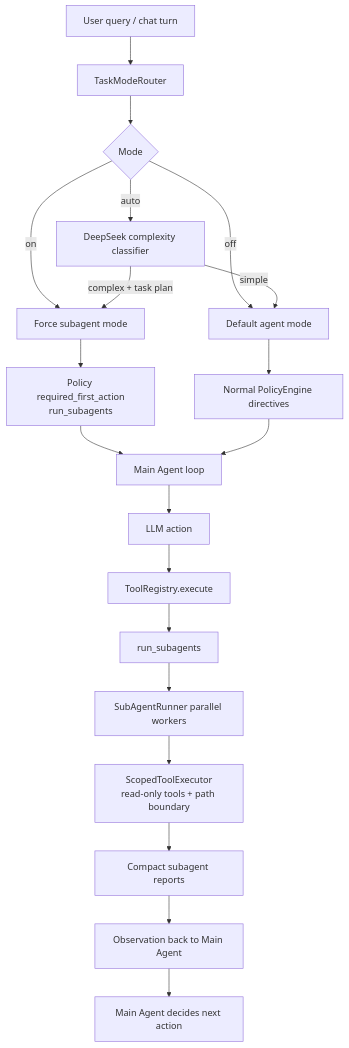
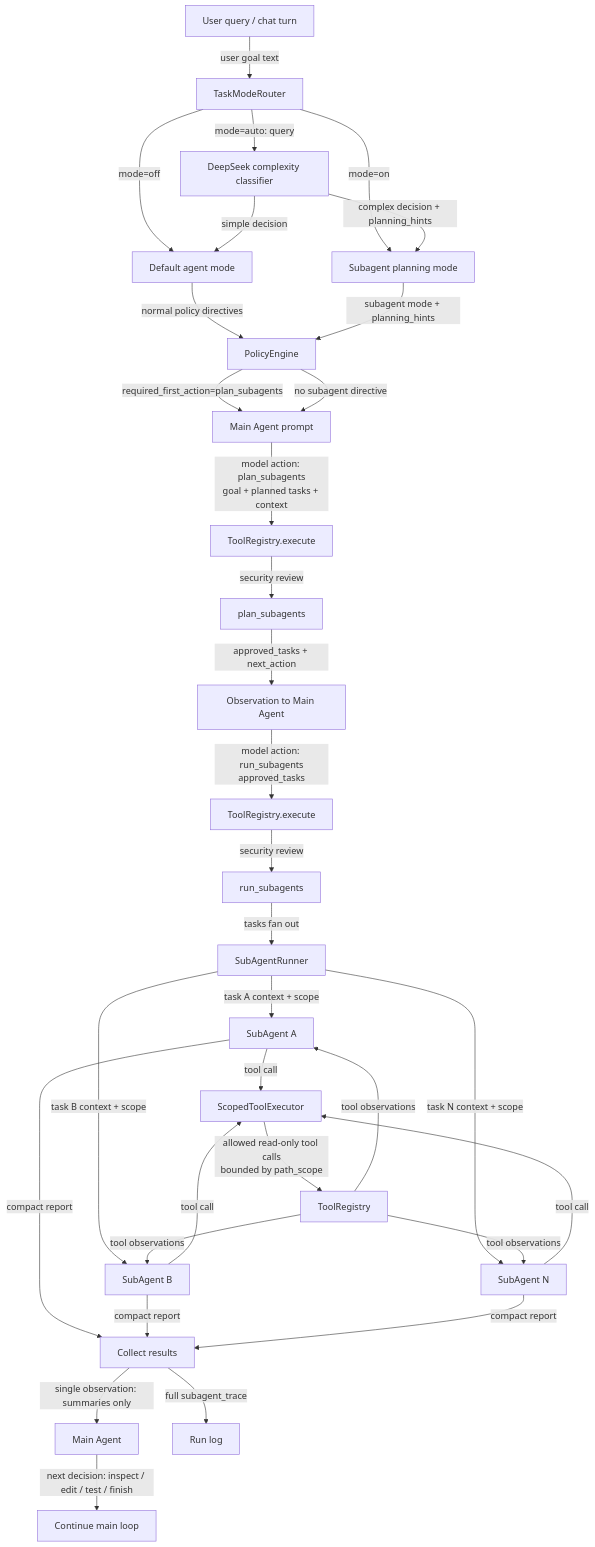
One commit to Cachuela11/MiniCode changed the fourth of 15 diagrams in README.md. Above: the diagram before and after it, drawn with Mermaid. The commit also changed other lines of this file and 8 other files, not shown here.

````diff
--- a/README.md
+++ b/README.md
@@ -187,22 +199,40 @@
 ```mermaid
 flowchart TD
-    A[User query / chat turn] --> B[TaskModeRouter]
-    B --> C{Mode}
-    C -->|off| D[Default agent mode]
-    C -->|on| E[Force subagent mode]
-    C -->|auto| F[DeepSeek complexity classifier]
-    F -->|simple| D
-    F -->|complex + task plan| E
-    E --> G[Policy required_first_action<br/>run_subagents]
-    D --> H[Normal PolicyEngine directives]
-    G --> I[Main Agent loop]
-    H --> I
-    I --> J[LLM action]
-    J --> K[ToolRegistry.execute]
-    K --> L[run_subagents]
-    L --> M[SubAgentRunner parallel workers]
-    M --> N[ScopedToolExecutor<br/>read-only tools + path boundary]
-    N --> O[Compact subagent reports]
-    O --> P[Observation back to Main Agent]
-    P --> Q[Main Agent decides next action]
+    A[User query / chat turn] -->|user goal text| B[TaskModeRouter]
+    B -->|mode=off| C[Default agent mode]
+    B -->|mode=on| D[Subagent planning mode]
+    B -->|mode=auto: query| E[DeepSeek complexity classifier]
+    E -->|simple decision| C
+    E -->|complex decision + planning_hints| D
+
+    C -->|normal policy directives| F[PolicyEngine]
+    D -->|subagent mode + planning_hints| F
+    F -->|required_first_action=plan_subagents| G[Main Agent prompt]
+    F -->|no subagent directive| G
+
+    G -->|model action: plan_subagents<br/>goal + planned tasks + context| H[ToolRegistry.execute]
+    H -->|security review| I[plan_subagents]
+    I -->|approved_tasks + next_action| J[Observation to Main Agent]
+
+    J -->|model action: run_subagents<br/>approved_tasks| K[ToolRegistry.execute]
+    K -->|security review| L[run_subagents]
+    L -->|tasks fan out| M[SubAgentRunner]
+    M -->|task A context + scope| N1[SubAgent A]
+    M -->|task B context + scope| N2[SubAgent B]
+    M -->|task N context + scope| N3[SubAgent N]
+
+    N1 -->|tool call| O[ScopedToolExecutor]
+    N2 -->|tool call| O
+    N3 -->|tool call| O
+    O -->|allowed read-only tool calls<br/>bounded by path_scope| P[ToolRegistry]
+    P -->|tool observations| N1
+    P -->|tool observations| N2
+    P -->|tool observations| N3
+
+    N1 -->|compact report| Q[Collect results]
+    N2 -->|compact report| Q
+    N3 -->|compact report| Q
+    Q -->|single observation: summaries only| R[Main Agent]
+    Q -->|full subagent_trace| S[Run log]
+    R -->|next decision: inspect / edit / test / finish| T[Continue main loop]
 ```
````
